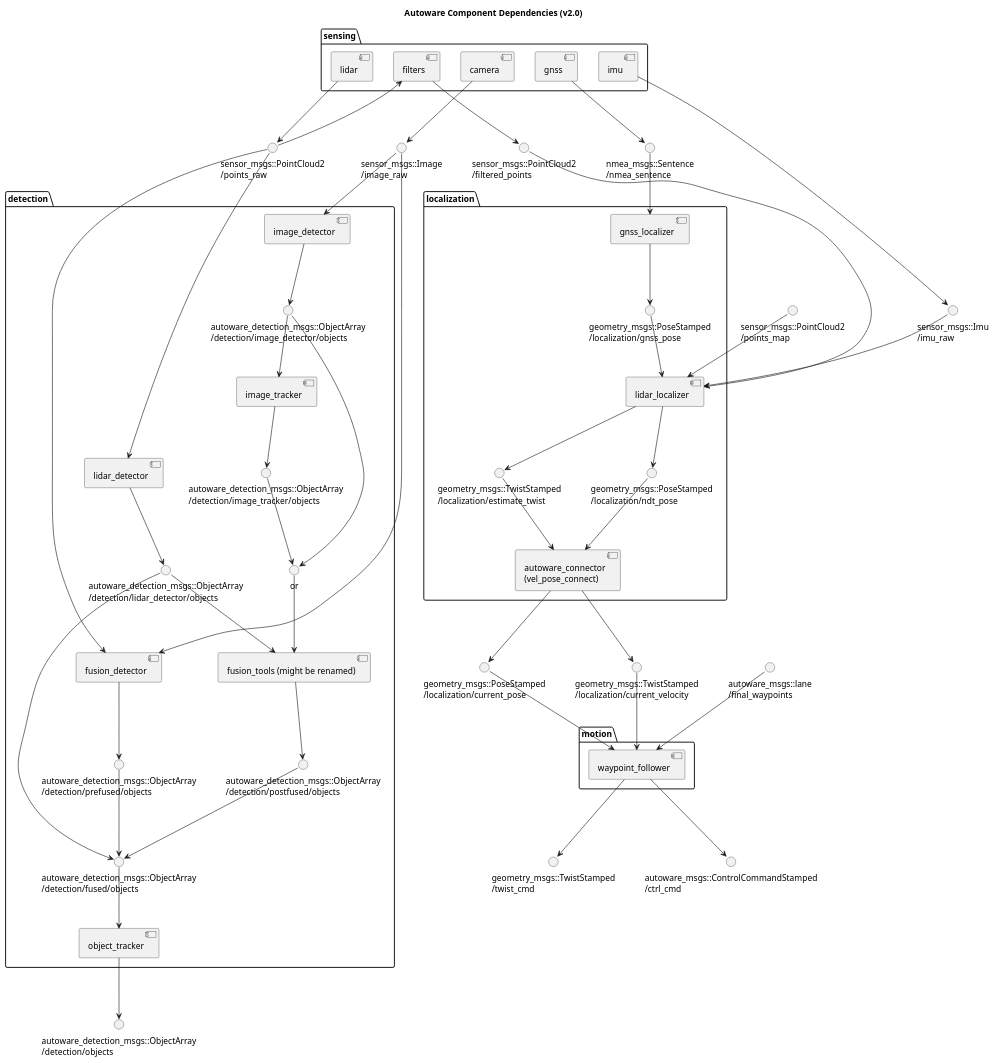
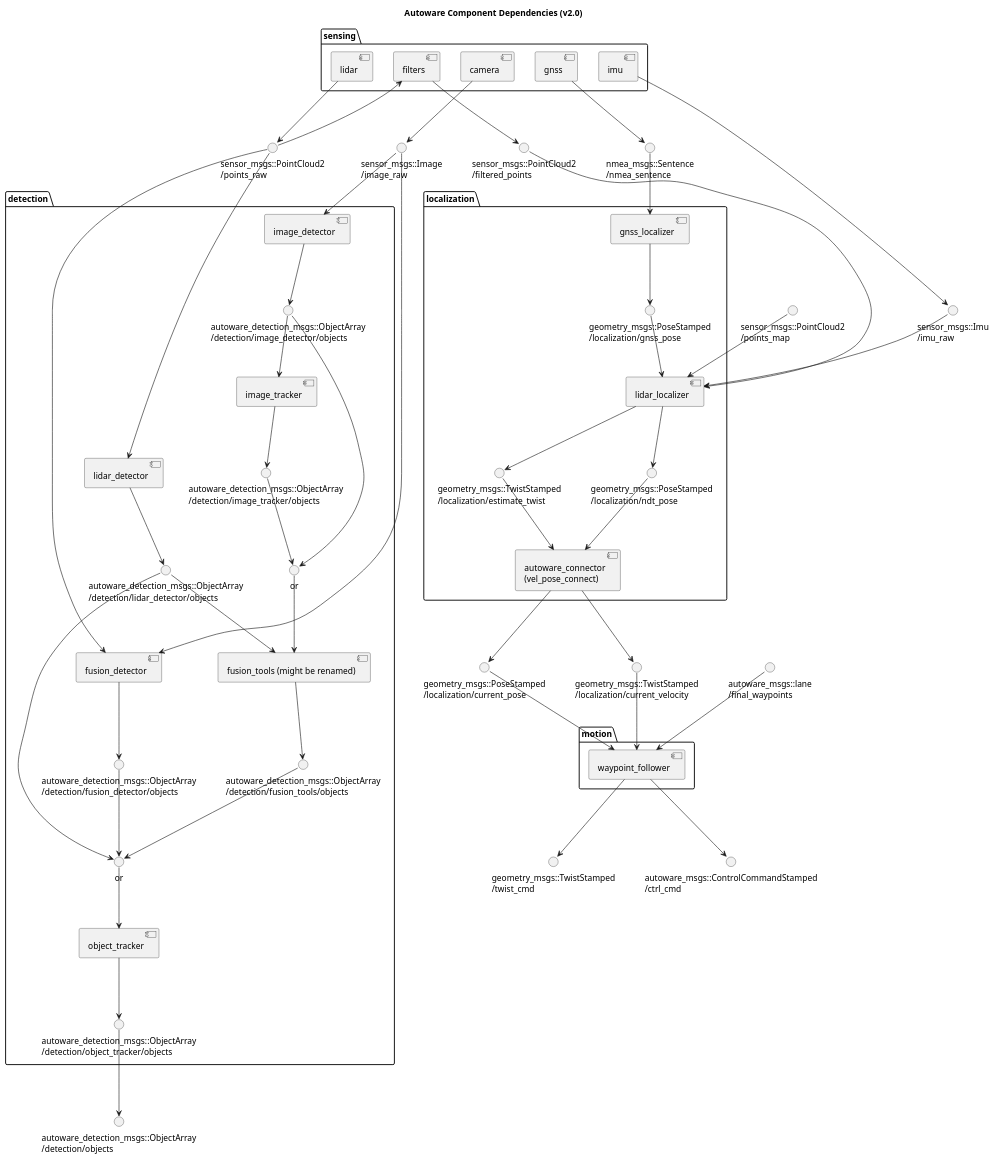
Before and after one commit to heyuliang/Autoware: the diagram in docs/architecture/ComponentDiagram.pu, drawn with PlantUML.

Commit message:
Insert /detection/object_tracker/objects, and Rename the outputs of fusion_detector and fusion_tools

```diff
--- a/docs/architecture/ComponentDiagram.pu
+++ b/docs/architecture/ComponentDiagram.pu
@@ -1,154 +1,157 @@
 @startuml
 
 title Autoware Component Dependencies (v2.0)
 
 () "sensor_msgs::Image\n/image_raw" as image_raw
 () "sensor_msgs::PointCloud2\n/points_raw" as points_raw
 () "sensor_msgs::PointCloud2\n/filtered_points" as filtered_points
 () "sensor_msgs::Imu\n/imu_raw" as imu_raw 
 () "nmea_msgs::Sentence\n/nmea_sentence" as nmea_sentence
 
 folder sensing {
     [camera]
     'outputs
     camera --> image_raw
 
     [lidar]
     'outputs
     lidar --> points_raw
 
     [filters]
     'inputs
     points_raw --> filters
     'outputs
     filters --> filtered_points
 
     [imu]
     'outputs
     imu --> imu_raw
 
     [gnss]
     'outputs
     gnss --> nmea_sentence
 }
 
-() "autoware_detection_msgs::ObjectArray\n/detection/objects" as objects_tracked
+() "autoware_detection_msgs::ObjectArray\n/detection/objects" as detection_result
 '() "autoware_detection_msgs::TrafficLight\n/detection/traffic_light_color" as traffic_light_color
 
 folder detection {
     () "autoware_detection_msgs::ObjectArray\n/detection/image_detector/objects" as detected_objects_vision
     () "autoware_detection_msgs::ObjectArray\n/detection/image_tracker/objects" as image_objects_tracked
     () "or" as image_objects
     () "autoware_detection_msgs::ObjectArray\n/detection/lidar_detector/objects" as detected_objects_lidar
-    () "autoware_detection_msgs::ObjectArray\n/detection/postfused/objects" as detected_objects_combined
-    () "autoware_detection_msgs::ObjectArray\n/detection/prefused/objects" as detected_objects_fused
-    () "autoware_detection_msgs::ObjectArray\n/detection/fused/objects" as objects_fused
+    () "autoware_detection_msgs::ObjectArray\n/detection/fusion_tools/objects" as detected_objects_combined
+    () "autoware_detection_msgs::ObjectArray\n/detection/fusion_detector/objects" as detected_objects_fused
+    () "or" as objects_fused
+    () "autoware_detection_msgs::ObjectArray\n/detection/object_tracker/objects" as objects_tracked
 
     [image_detector]
     'inputs
     image_raw --> image_detector
     'outputs
     image_detector --> detected_objects_vision
 
     [image_tracker]
     'inputs
     detected_objects_vision --> image_tracker
     'outputs
     image_tracker --> image_objects_tracked
 
     [lidar_detector]
     'inputs
     points_raw --> lidar_detector
     'outputs
     lidar_detector --> detected_objects_lidar
 
     [fusion_detector]
     'inputs
     image_raw --> fusion_detector
     points_raw --> fusion_detector
     'outputs
     fusion_detector --> detected_objects_fused
 
     [fusion_tools (might be renamed)] as fusion_tools
     'inputs
     image_objects --> fusion_tools
     detected_objects_lidar --> fusion_tools
     'outputs
     fusion_tools --> detected_objects_combined
 
     'connection
     detected_objects_vision --> image_objects
     image_objects_tracked --> image_objects
 
     detected_objects_lidar --> objects_fused
     detected_objects_combined --> objects_fused
     detected_objects_fused --> objects_fused
 
     [object_tracker]
     'inputs
     objects_fused --> object_tracker
     'outputs
     object_tracker --> objects_tracked
+
+    objects_tracked --> detection_result
 
     '[trafficlight_recognizer]
     'inputs
     'image_raw --> trafficlight_recognizer
     'outputs
     'trafficlight_recognizer --> traffic_light_color
 }
 
 'lidar_localizer
 () "sensor_msgs::PointCloud2\n/points_map" as points_map
 
 'vel_pose_connect
 () "geometry_msgs::PoseStamped\n/localization/current_pose" as current_pose
 () "geometry_msgs::TwistStamped\n/localization/current_velocity" as current_velocity
 
 folder localization {
     () "geometry_msgs::PoseStamped\n/localization/gnss_pose" as gnss_pose
     () "geometry_msgs::TwistStamped\n/localization/estimate_twist" as estimate_twist
     () "geometry_msgs::PoseStamped\n/localization/ndt_pose" as ndt_pose
 
     [gnss_localizer]
     'inputs
     nmea_sentence --> gnss_localizer
     'outputs
     gnss_localizer --> gnss_pose
 
     [lidar_localizer]
     'inputs
     gnss_pose --> lidar_localizer
     filtered_points --> lidar_localizer
     points_map --> lidar_localizer
     imu_raw --> lidar_localizer
     'outputs
     lidar_localizer --> estimate_twist
     lidar_localizer --> ndt_pose
 
     [autoware_connector\n(vel_pose_connect)] as vel_pose_connect
     'inputs
     estimate_twist --> vel_pose_connect
     ndt_pose --> vel_pose_connect
     'outputs
     vel_pose_connect --> current_pose
     vel_pose_connect --> current_velocity
 
     '[dead_reckoner] @ Autoware v2.0
 }
 
 () "autoware_msgs::lane\n/final_waypoints" as final_waypoints
 () "geometry_msgs::TwistStamped\n/twist_cmd" as twist_cmd
 () "autoware_msgs::ControlCommandStamped\n/ctrl_cmd" as ctrl_cmd
 
 folder motion {
     [waypoint_follower]
     'inputs
     current_pose --> waypoint_follower
     current_velocity --> waypoint_follower
     final_waypoints --> waypoint_follower
     'outputs
     waypoint_follower --> twist_cmd
     waypoint_follower --> ctrl_cmd
 }
 
 @enduml
```
